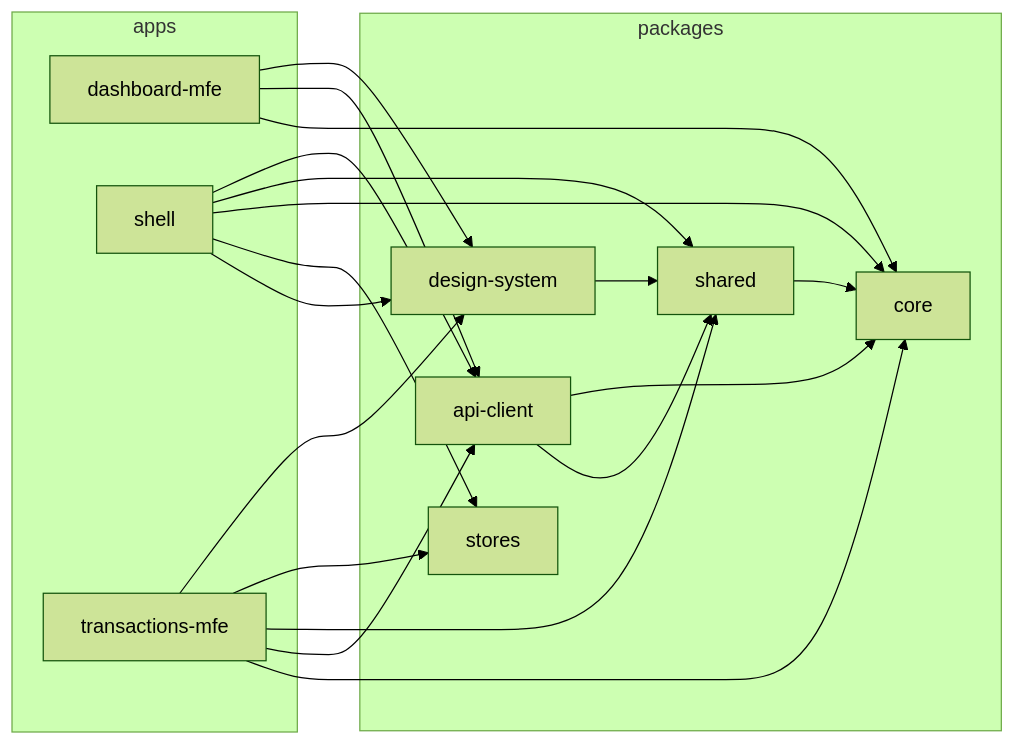
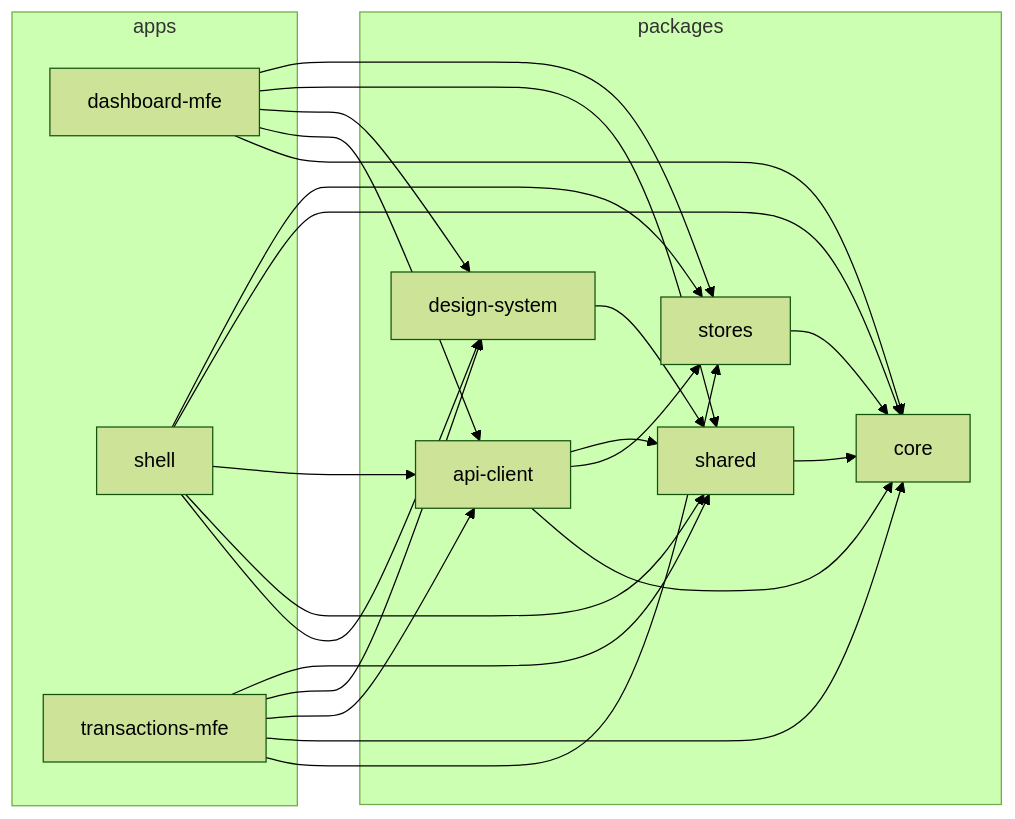
The diagram in docs/phase-4/assets/dependency-graph.mmd (fiap-6frnt-tech-challenge/tech-challenge), drawn with Mermaid (forest theme) before and after one commit. The commit also changed 4 other files, not shown here.

Commit message:
docs(arch): add phase 4 architecture document (S4-06)

```diff
--- a/docs/phase-4/assets/dependency-graph.mmd
+++ b/docs/phase-4/assets/dependency-graph.mmd
@@ -1,31 +1,35 @@
 flowchart LR
 
 subgraph 0["apps"]
 1["dashboard-mfe"]
 2["shell"]
 3["transactions-mfe"]
 end
 subgraph 4["packages"]
 5["api-client"]
 6["core"]
 7["design-system"]
 8["shared"]
 9["stores"]
 end
 1-->6
 1-->5
 1-->7
+1-->8
+1-->9
 2-->7
-2-->9
-2-->6
 2-->8
 2-->5
+2-->6
+2-->9
+3-->9
 3-->6
 3-->5
+3-->7
 3-->8
-3-->9
-3-->7
+5-->6
+5-->9
 5-->8
-5-->6
 7-->8
 8-->6
+9-->6
```
